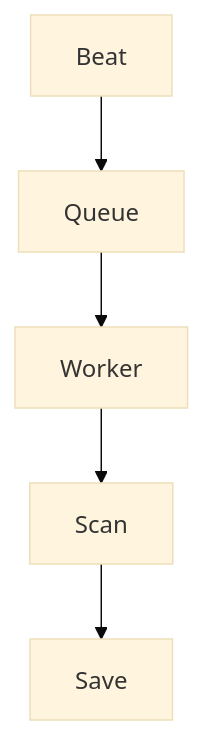
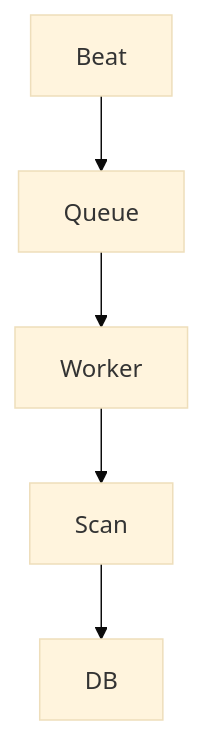
One commit to Khan-Feroz211/MyCyber-Project changed the sixth of 6 diagrams in README.md. Above: the diagram before and after it, drawn with Mermaid (base theme). The commit also changed other lines of this file, not shown here.

Commit message:
docs: use ultra-simple mermaid syntax for guaranteed GitHub rendering

````diff
--- a/README.md
+++ b/README.md
@@ -192,4 +180,7 @@
 ```mermaid
 graph TD
-    Beat --> Queue --> Worker --> Scan --> Save
+    Beat[Beat] --> Queue[Queue]
+    Queue --> Worker[Worker]
+    Worker --> Scan[Scan]
+    Scan --> DB[DB]
 ```
````
